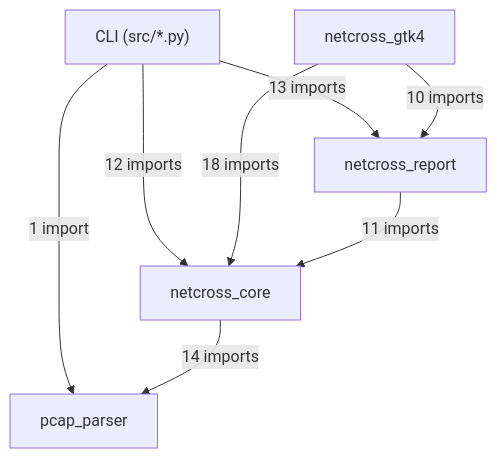
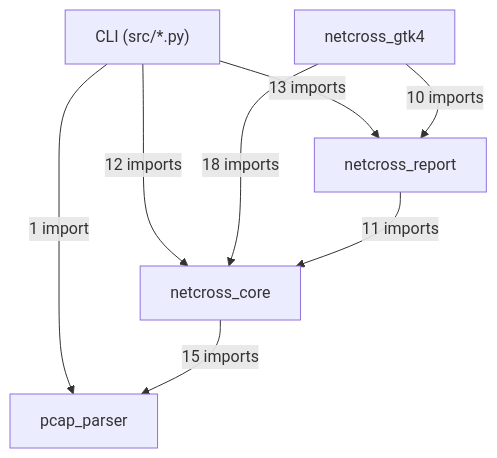
One commit to MathildeDec/Netcross changed the first of 14 diagrams in docs/class-diagram.md. Above: the diagram before and after it, drawn with Mermaid. The commit also changed other lines of this file and 14 other files, not shown here.

````diff
--- a/docs/class-diagram.md
+++ b/docs/class-diagram.md
@@ -26,15 +26,15 @@
 ```mermaid
 flowchart TD
     CLI["CLI (src/*.py)"]
     netcross_gtk4["netcross_gtk4"]
     netcross_report["netcross_report"]
     netcross_core["netcross_core"]
     pcap_parser["pcap_parser"]
     CLI -->|"13 imports"| netcross_report
     CLI -->|"12 imports"| netcross_core
     CLI -->|"1 import"| pcap_parser
     netcross_gtk4 -->|"10 imports"| netcross_report
     netcross_gtk4 -->|"18 imports"| netcross_core
     netcross_report -->|"11 imports"| netcross_core
-    netcross_core -->|"14 imports"| pcap_parser
+    netcross_core -->|"15 imports"| pcap_parser
 ```
````
